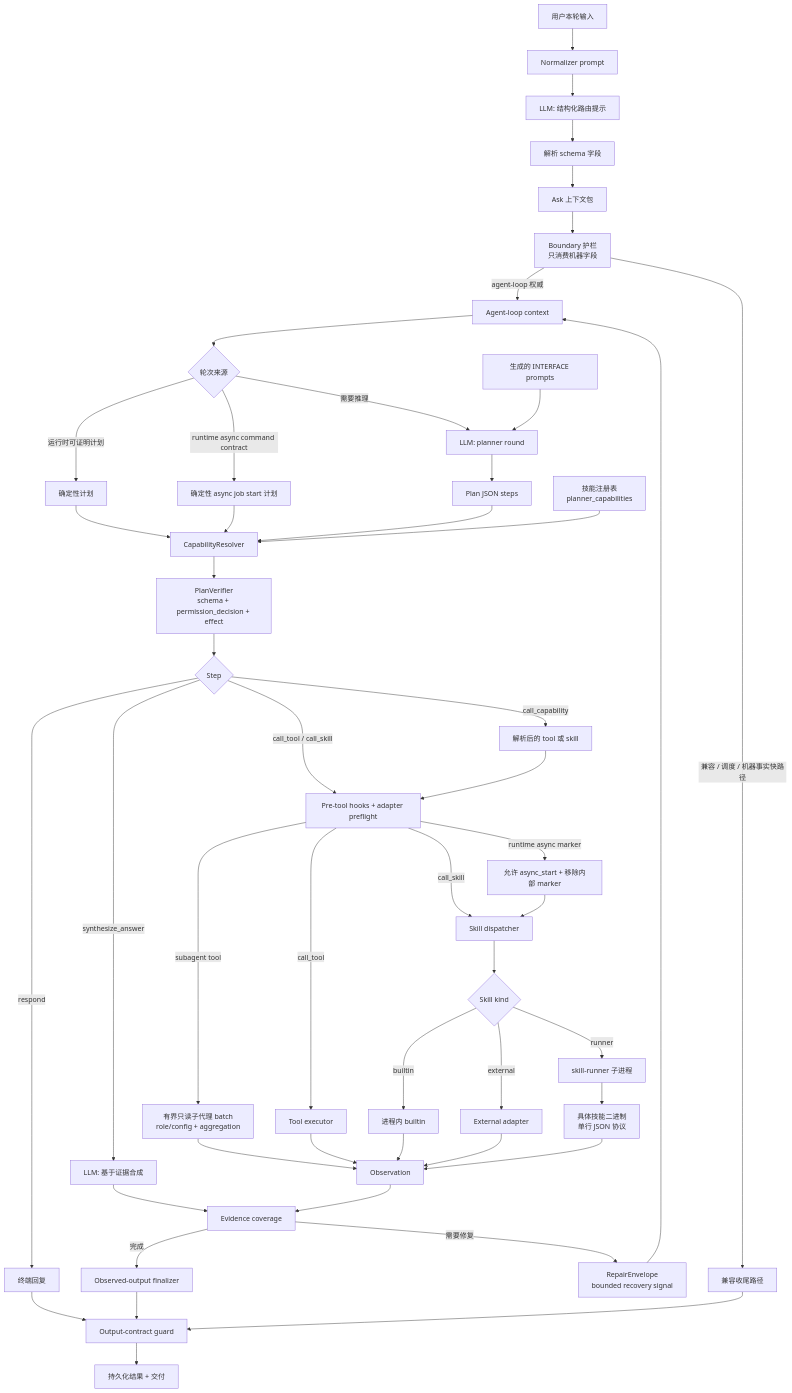
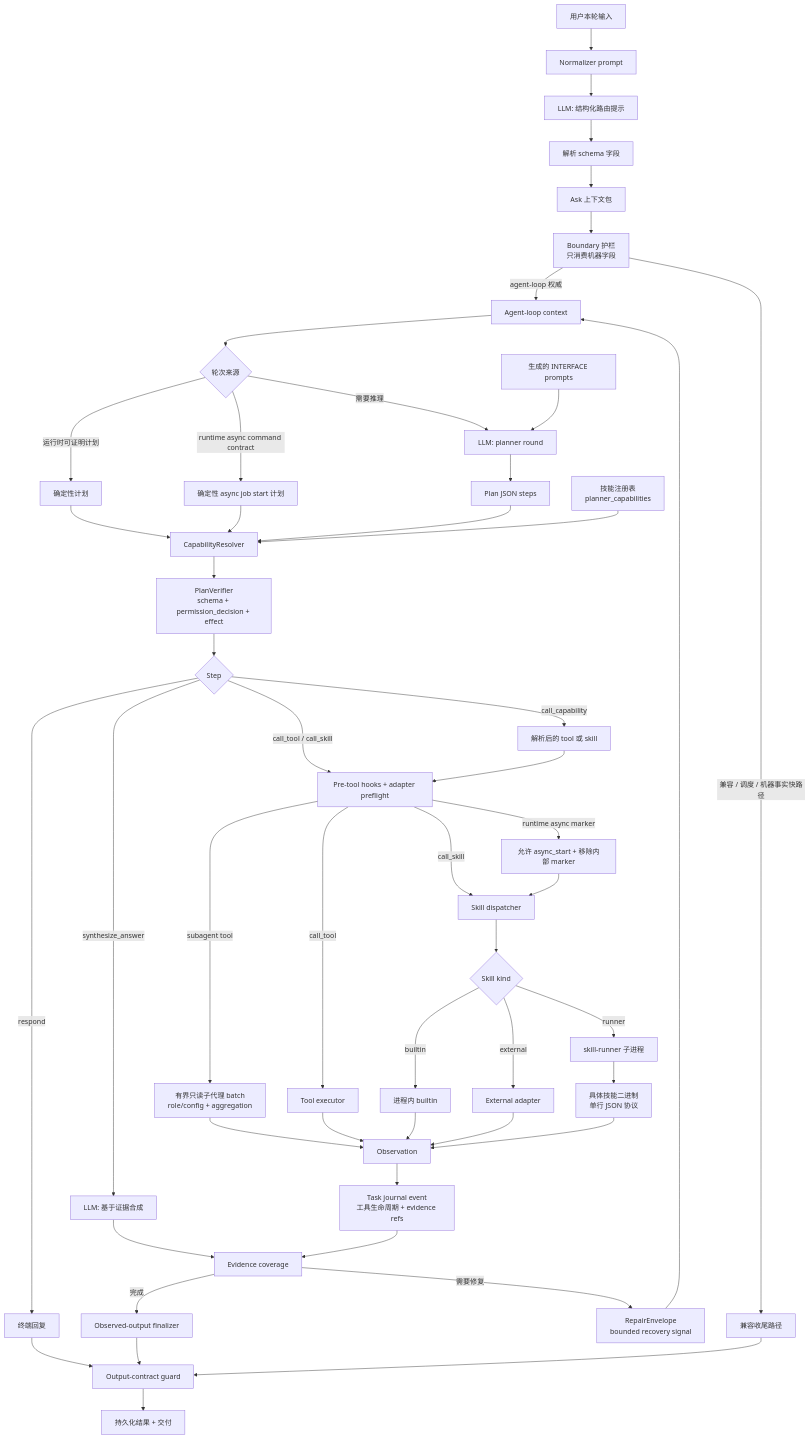
Before and after one commit to MatrixCoreX/RustClaw: the second of 3 diagrams in README.zh-CN.md, drawn with Mermaid. The commit also changed other lines of this file and 1 other file, not shown here.

Commit message:
Update task event stream documentation

````diff
--- a/README.zh-CN.md
+++ b/README.zh-CN.md
@@ -116,51 +120,52 @@
 ```mermaid
 flowchart TD
     A[用户本轮输入] --> B[Normalizer prompt]
     B --> C[LLM: 结构化路由提示]
     C --> D[解析 schema 字段]
     D --> E[Ask 上下文包]
     E --> F[Boundary 护栏<br/>只消费机器字段]
     F -->|agent-loop 权威| G[Agent-loop context]
     F -->|兼容 / 调度 / 机器事实快路径| H[兼容收尾路径]
     G --> I{轮次来源}
     I -->|运行时可证明计划| J[确定性计划]
     I -->|runtime async command contract| JA[确定性 async job start 计划]
     I -->|需要推理| K[LLM: planner round]
     K --> L[Plan JSON steps]
     J --> M[CapabilityResolver]
     JA --> M
     L --> M
     N[技能注册表<br/>planner_capabilities] --> M
     O[生成的 INTERFACE prompts] --> K
     M --> P[PlanVerifier<br/>schema + permission_decision + effect]
     P --> Q{Step}
     Q -->|call_capability| R[解析后的 tool 或 skill]
     Q -->|call_tool / call_skill| QA[Pre-tool hooks + adapter preflight]
     R --> QA
     QA -->|runtime async marker| AR[允许 async_start + 移除内部 marker]
     QA -->|subagent tool| SS[有界只读子代理 batch<br/>role/config + aggregation]
     QA -->|call_tool| S[Tool executor]
     QA -->|call_skill| T[Skill dispatcher]
     AR --> T
     T --> U{Skill kind}
     U -->|builtin| V[进程内 builtin]
     U -->|external| W[External adapter]
     U -->|runner| X[skill-runner 子进程]
     X --> Y[具体技能二进制<br/>单行 JSON 协议]
     SS --> Z
     S --> Z[Observation]
     V --> Z
     W --> Z
     Y --> Z
+    Z --> ZEV[Task journal event<br/>工具生命周期 + evidence refs]
     Q -->|synthesize_answer| ZA[LLM: 基于证据合成]
     Q -->|respond| ZB[终端回复]
     ZA --> ZC[Evidence coverage]
-    Z --> ZC
+    ZEV --> ZC
     ZC -->|需要修复| ZR[RepairEnvelope<br/>bounded recovery signal]
     ZR --> G
     ZC -->|完成| ZD[Observed-output finalizer]
     ZB --> ZE[Output-contract guard]
     ZD --> ZE
     H --> ZE
     ZE --> ZF[持久化结果 + 交付]
 ```
````
